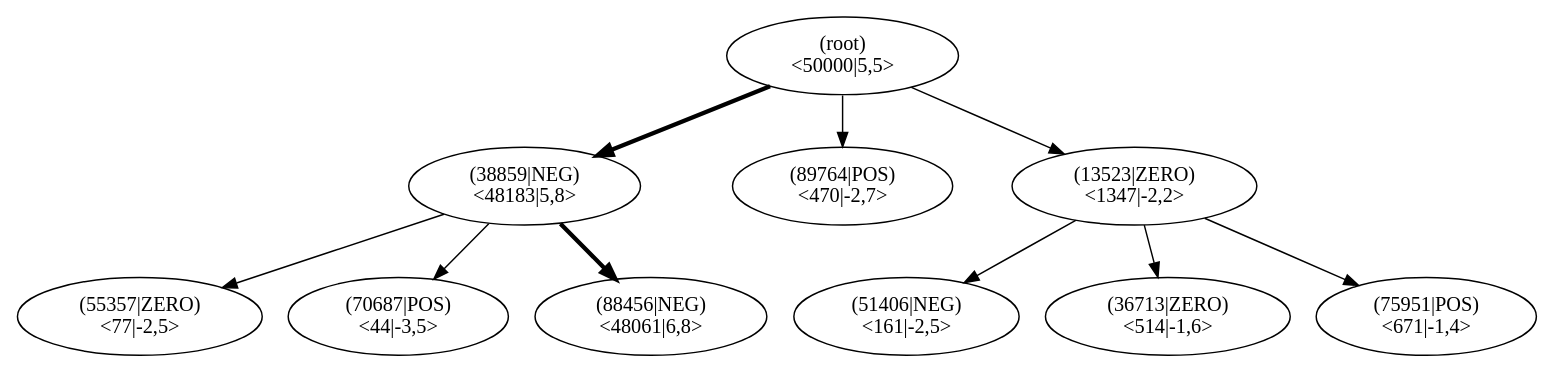
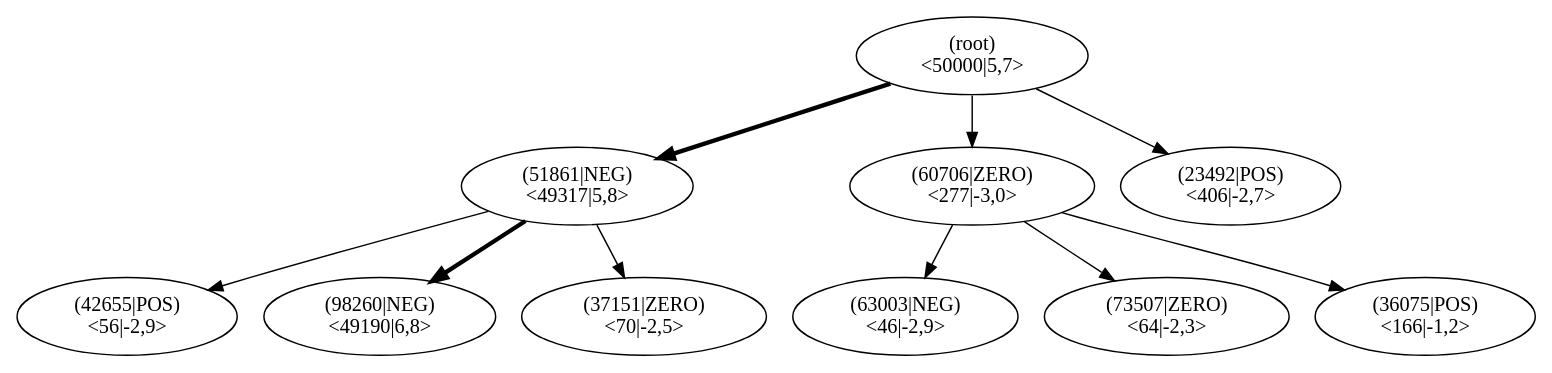
Before and after one commit to JonasHellgren/relexp-java: the diagram in pictures/ch13/lane_runner_mcts.dot, drawn with Graphviz. The commit also changed 2 other files, not shown here.

```diff
--- a/pictures/ch13/lane_runner_mcts.dot
+++ b/pictures/ch13/lane_runner_mcts.dot
@@ -1,32 +1,32 @@
 digraph MCTS {
 node [shape=ellipse];
 Nroot [label="(root)
-<50000|5,5>"];
-Nroot -> N38859[penwidth=3];
-N38859 [label="(38859|NEG)
-<48183|5,8>"];
-N38859 -> N55357[penwidth=1];
-N55357 [label="(55357|ZERO)
-<77|-2,5>"];
-N38859 -> N70687[penwidth=1];
-N70687 [label="(70687|POS)
-<44|-3,5>"];
-N38859 -> N88456[penwidth=3];
-N88456 [label="(88456|NEG)
-<48061|6,8>"];
-Nroot -> N89764[penwidth=1];
-N89764 [label="(89764|POS)
-<470|-2,7>"];
-Nroot -> N13523[penwidth=1];
-N13523 [label="(13523|ZERO)
-<1347|-2,2>"];
-N13523 -> N51406[penwidth=1];
-N51406 [label="(51406|NEG)
-<161|-2,5>"];
-N13523 -> N36713[penwidth=1];
-N36713 [label="(36713|ZERO)
-<514|-1,6>"];
-N13523 -> N75951[penwidth=1];
-N75951 [label="(75951|POS)
-<671|-1,4>"];
+<50000|5,7>"];
+Nroot -> N51861[penwidth=3];
+N51861 [label="(51861|NEG)
+<49317|5,8>"];
+N51861 -> N42655[penwidth=1];
+N42655 [label="(42655|POS)
+<56|-2,9>"];
+N51861 -> N98260[penwidth=3];
+N98260 [label="(98260|NEG)
+<49190|6,8>"];
+N51861 -> N37151[penwidth=1];
+N37151 [label="(37151|ZERO)
+<70|-2,5>"];
+Nroot -> N60706[penwidth=1];
+N60706 [label="(60706|ZERO)
+<277|-3,0>"];
+N60706 -> N63003[penwidth=1];
+N63003 [label="(63003|NEG)
+<46|-2,9>"];
+N60706 -> N73507[penwidth=1];
+N73507 [label="(73507|ZERO)
+<64|-2,3>"];
+N60706 -> N36075[penwidth=1];
+N36075 [label="(36075|POS)
+<166|-1,2>"];
+Nroot -> N23492[penwidth=1];
+N23492 [label="(23492|POS)
+<406|-2,7>"];
 }
```
